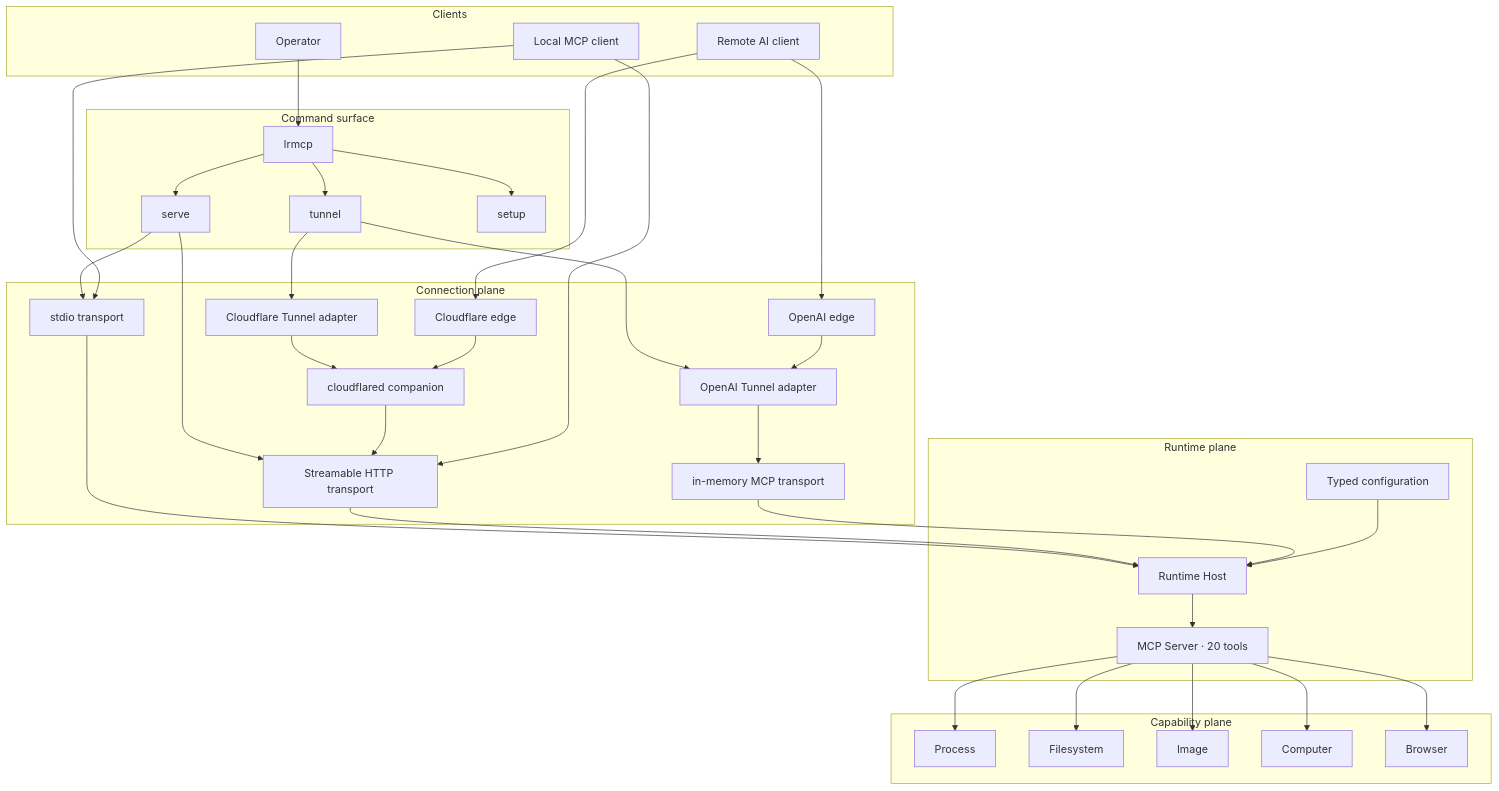
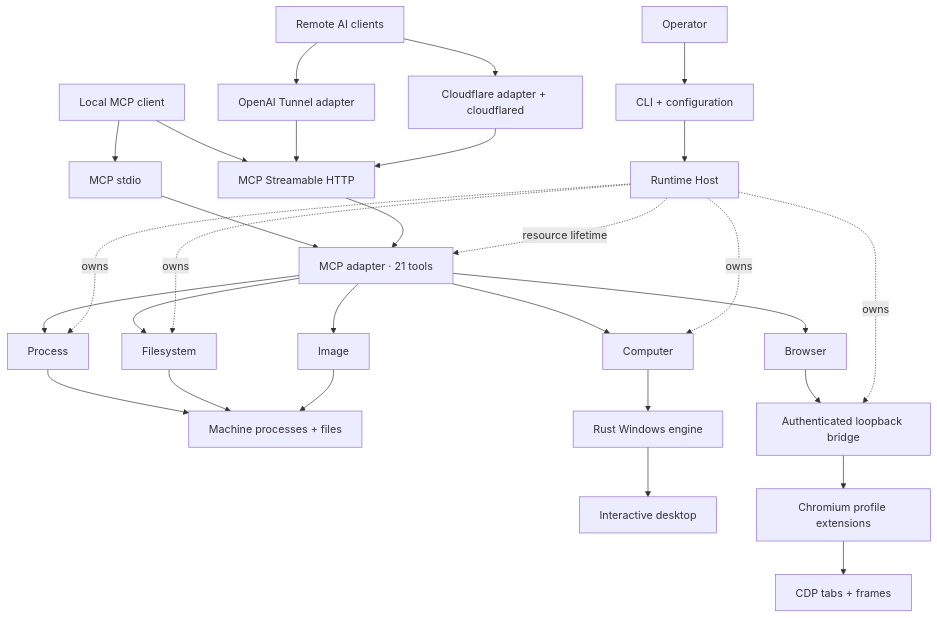
Before and after one commit to hicancan/local-runtime-mcp: the first of 7 diagrams in README.md, drawn with Mermaid. The commit also changed other lines of this file and 65 other files, not shown here.

Commit message:
feat: coordinate concurrent clients and explicit browser profiles in v10

````diff
--- a/README.md
+++ b/README.md
@@ -32,70 +24,31 @@
 ```mermaid
 flowchart TB
-    subgraph Clients[Clients]
-		OP[Operator]
-        LOCAL[Local MCP client]
-        REMOTE[Remote AI client]
-    end
-
-    subgraph Commands[Command surface]
-        CLI[lrmcp]
-        SERVE[serve]
-        TUNNEL[tunnel]
-        SETUP[setup]
-    end
-
-    subgraph Connection[Connection plane]
-        STDIO[stdio transport]
-        HTTP[Streamable HTTP transport]
-        OAI[OpenAI Tunnel adapter]
-        CF[Cloudflare Tunnel adapter]
-        OAIE[OpenAI edge]
-        CFE[Cloudflare edge]
-        CFD[cloudflared companion]
-        MEMORY[in-memory MCP transport]
-    end
-
-    subgraph Runtime[Runtime plane]
-        CFG[Typed configuration]
-        HOST[Runtime Host]
-        MCP[MCP Server · 20 tools]
-    end
-
-    subgraph Capabilities[Capability plane]
-        P[Process]
-        F[Filesystem]
-        I[Image]
-        C[Computer]
-        B[Browser]
-    end
-
-    OP --> CLI
-    CLI --> SERVE
-    CLI --> TUNNEL
-    CLI --> SETUP
-
-    SERVE --> STDIO
-    SERVE --> HTTP
-    TUNNEL --> OAI
-    TUNNEL --> CF
-    OAI --> MEMORY
-    CF --> CFD
-    CFD --> HTTP
-	REMOTE --> OAIE
-	OAIE --> OAI
-	REMOTE --> CFE
-	CFE --> CFD
-	LOCAL --> STDIO
-	LOCAL --> HTTP
-
-    STDIO --> HOST
-    HTTP --> HOST
-    MEMORY --> HOST
-    CFG --> HOST
-    HOST --> MCP
-    MCP --> P
-    MCP --> F
-    MCP --> I
-    MCP --> C
-    MCP --> B
+    Operator[Operator] --> CLI[CLI + configuration]
+    CLI --> Host[Runtime Host]
+    Local[Local MCP client] --> Stdio[MCP stdio]
+    Local --> HTTP[MCP Streamable HTTP]
+    Remote[Remote AI clients] --> OpenAI[OpenAI Tunnel adapter]
+    Remote --> Cloudflare[Cloudflare adapter + cloudflared]
+    OpenAI --> HTTP
+    Cloudflare --> HTTP
+    Stdio --> MCP[MCP adapter · 21 tools]
+    HTTP --> MCP
+    MCP --> Process[Process]
+    MCP --> Files[Filesystem]
+    MCP --> Image[Image]
+    MCP --> Computer[Computer]
+    MCP --> Browser[Browser]
+    Process --> Machine[Machine processes + files]
+    Files --> Machine
+    Image --> Machine
+    Computer --> Native[Rust Windows engine]
+    Native --> Desktop[Interactive desktop]
+    Browser --> Bridge[Authenticated loopback bridge]
+    Bridge --> Profiles[Chromium profile extensions]
+    Profiles --> CDP[CDP tabs + frames]
+    Host -. resource lifetime .-> MCP
+    Host -. owns .-> Process
+    Host -. owns .-> Files
+    Host -. owns .-> Computer
+    Host -. owns .-> Bridge
 ```
````
